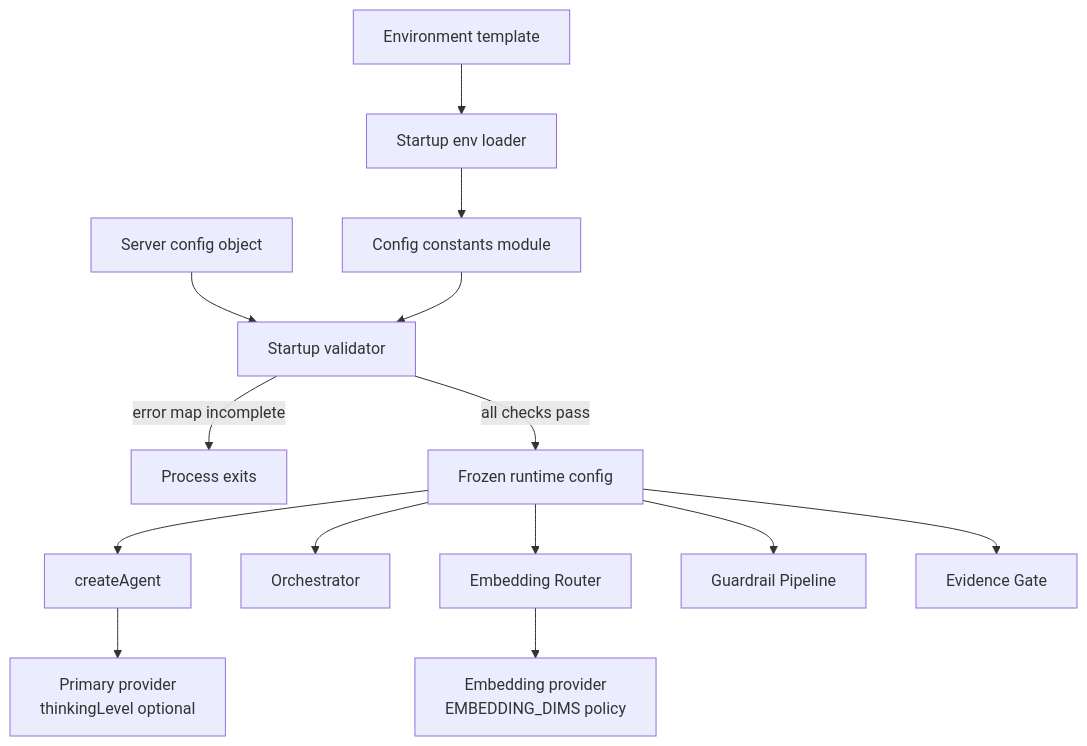
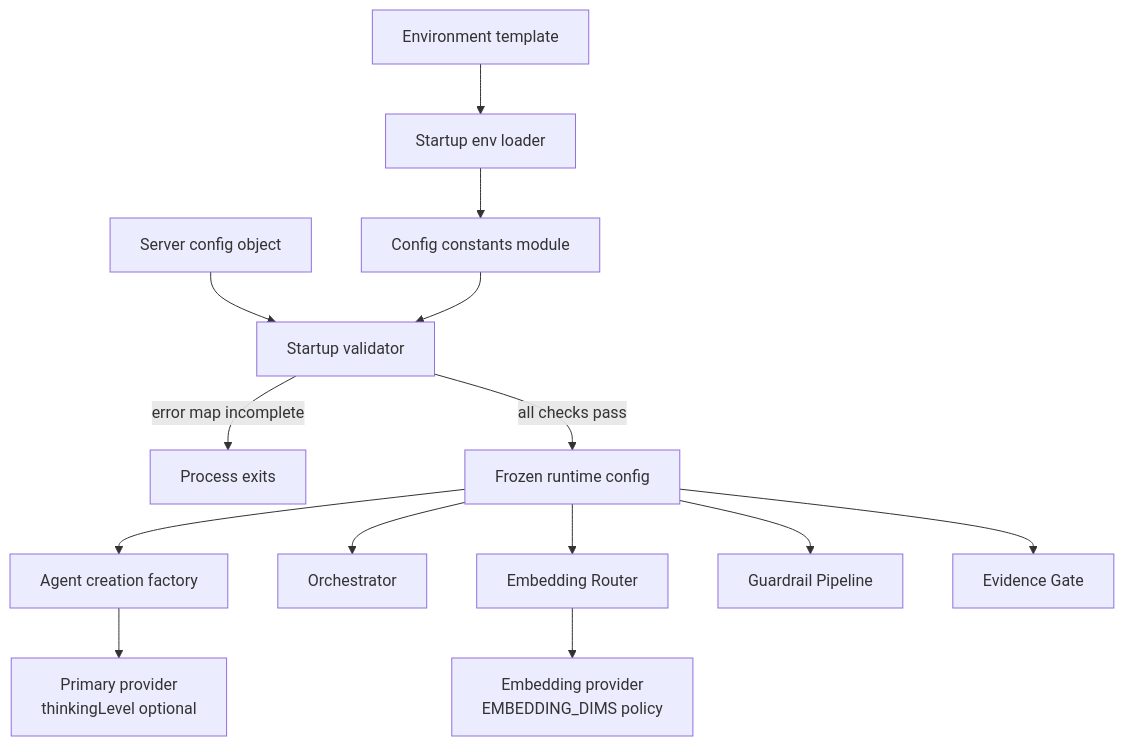
Before and after one commit to 1qh/safeagent: the fourth of 10 diagrams in plan/04-foundation.md, drawn with Mermaid. The commit also changed other lines of this file and 18 other files, not shown here.

````diff
--- a/plan/04-foundation.md
+++ b/plan/04-foundation.md
@@ -305,20 +305,20 @@
 ```mermaid
 flowchart TD
     ENV_FILE["Environment template"] --> ENV_LOADER["Startup env loader"]
     ENV_LOADER --> CONFIG_CONSTANTS["Config constants module"]
 
     SERVER_CONFIG["Server config object"] --> STARTUP_VALIDATOR["Startup validator"]
     CONFIG_CONSTANTS --> STARTUP_VALIDATOR
 
     STARTUP_VALIDATOR -->|error map incomplete| HALT_PROCESS["Process exits"]
     STARTUP_VALIDATOR -->|all checks pass| RUNTIME_CONFIG["Frozen runtime config"]
 
-    RUNTIME_CONFIG --> CFG_AGENT_FACTORY["createAgent"]
+    RUNTIME_CONFIG --> CFG_AGENT_FACTORY["Agent creation factory"]
     RUNTIME_CONFIG --> CFG_ORCHESTRATOR["Orchestrator"]
     RUNTIME_CONFIG --> CFG_EMBED_ROUTER["Embedding Router"]
     RUNTIME_CONFIG --> CFG_GUARDRAIL["Guardrail Pipeline"]
     RUNTIME_CONFIG --> CFG_EVIDENCE["Evidence Gate"]
 
     CFG_AGENT_FACTORY --> CFG_LLM["Primary provider\nthinkingLevel optional"]
     CFG_EMBED_ROUTER --> CFG_EMBEDDINGS["Embedding provider\nEMBEDDING_DIMS policy"]
 ```
````
